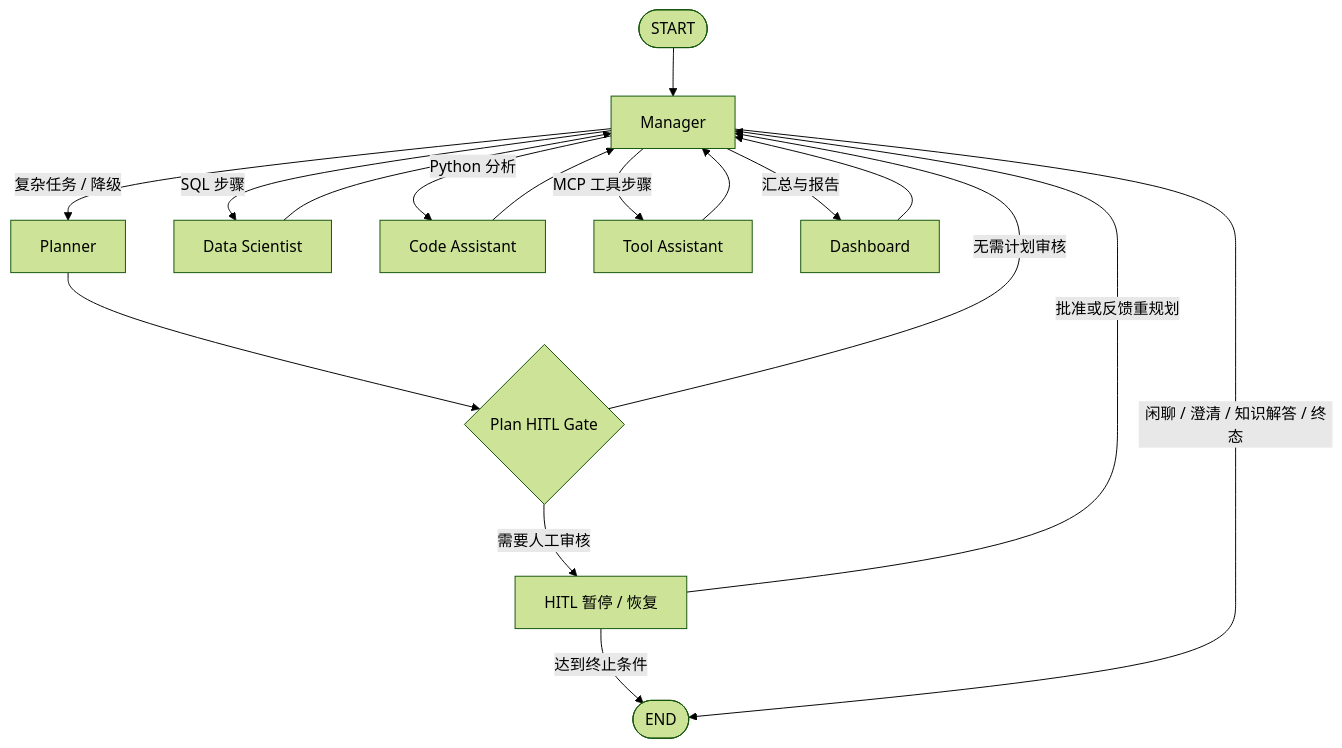
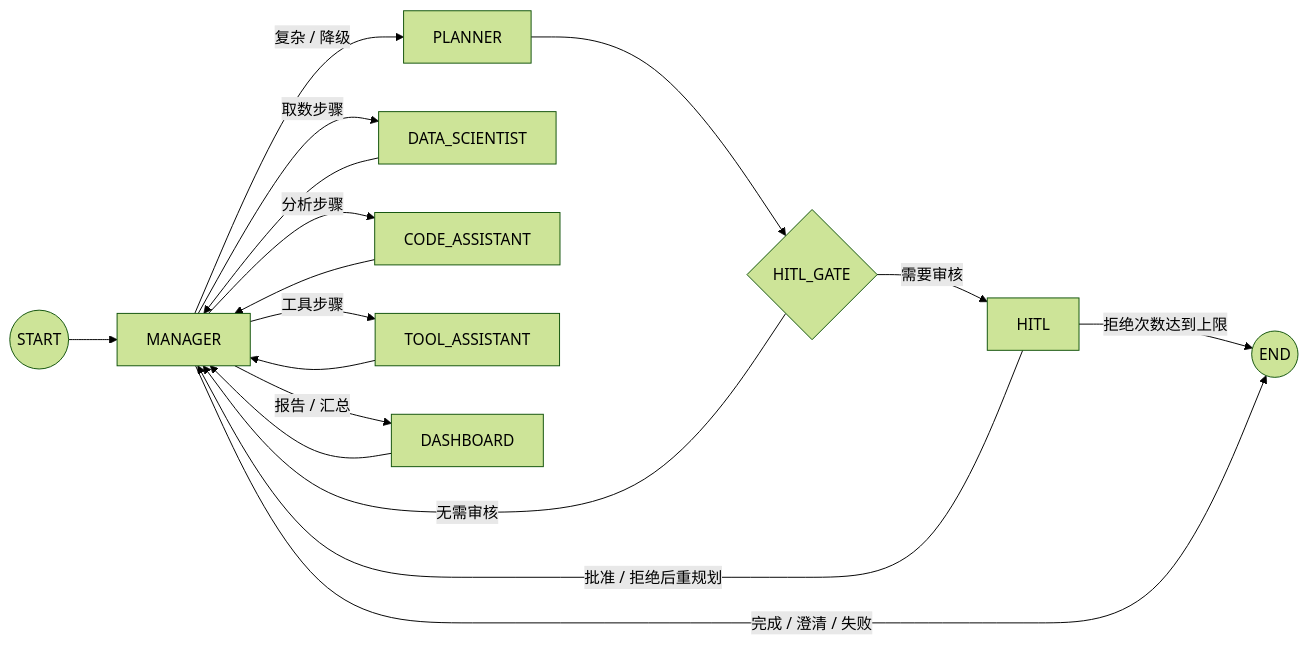
Before and after one commit to zmzzj1/ZZJ-NL2SQL-backend: the second of 3 diagrams in README.md, drawn with Mermaid (forest theme). The commit also changed other lines of this file, not shown here.

Commit message:
docs: focus README on agent architecture

````diff
--- a/README.md
+++ b/README.md
@@ -124,19 +119,19 @@
 ```mermaid
-flowchart TD
-    START([START]) --> M[Manager]
-    M -->|复杂任务 / 降级| P[Planner]
-    P --> G{Plan HITL Gate}
-    G -->|无需计划审核| M
-    G -->|需要人工审核| H[HITL 暂停 / 恢复]
-    H -->|批准或反馈重规划| M
-    H -->|达到终止条件| END([END])
-    M -->|SQL 步骤| DS[Data Scientist]
-    M -->|Python 分析| CA[Code Assistant]
-    M -->|MCP 工具步骤| TA[Tool Assistant]
-    M -->|汇总与报告| DASH[Dashboard]
+flowchart LR
+    S((START)) --> M[MANAGER]
+    M -->|复杂 / 降级| P[PLANNER]
+    P --> G{HITL_GATE}
+    G -->|需要审核| H[HITL]
+    G -->|无需审核| M
+    H -->|批准 / 拒绝后重规划| M
+    H -->|拒绝次数达到上限| E((END))
+    M -->|取数步骤| DS[DATA_SCIENTIST]
+    M -->|分析步骤| CA[CODE_ASSISTANT]
+    M -->|工具步骤| TA[TOOL_ASSISTANT]
+    M -->|报告 / 汇总| DA[DASHBOARD]
     DS --> M
     CA --> M
     TA --> M
-    DASH --> M
-    M -->|闲聊 / 澄清 / 知识解答 / 终态| END
+    DA --> M
+    M -->|完成 / 澄清 / 失败| E
 ```
````
